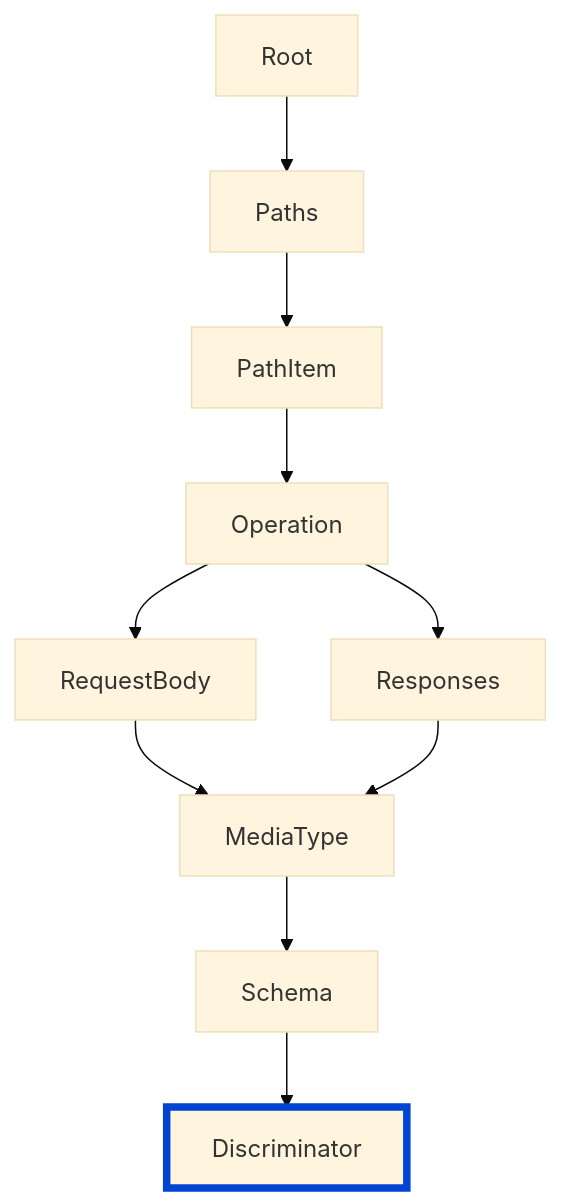
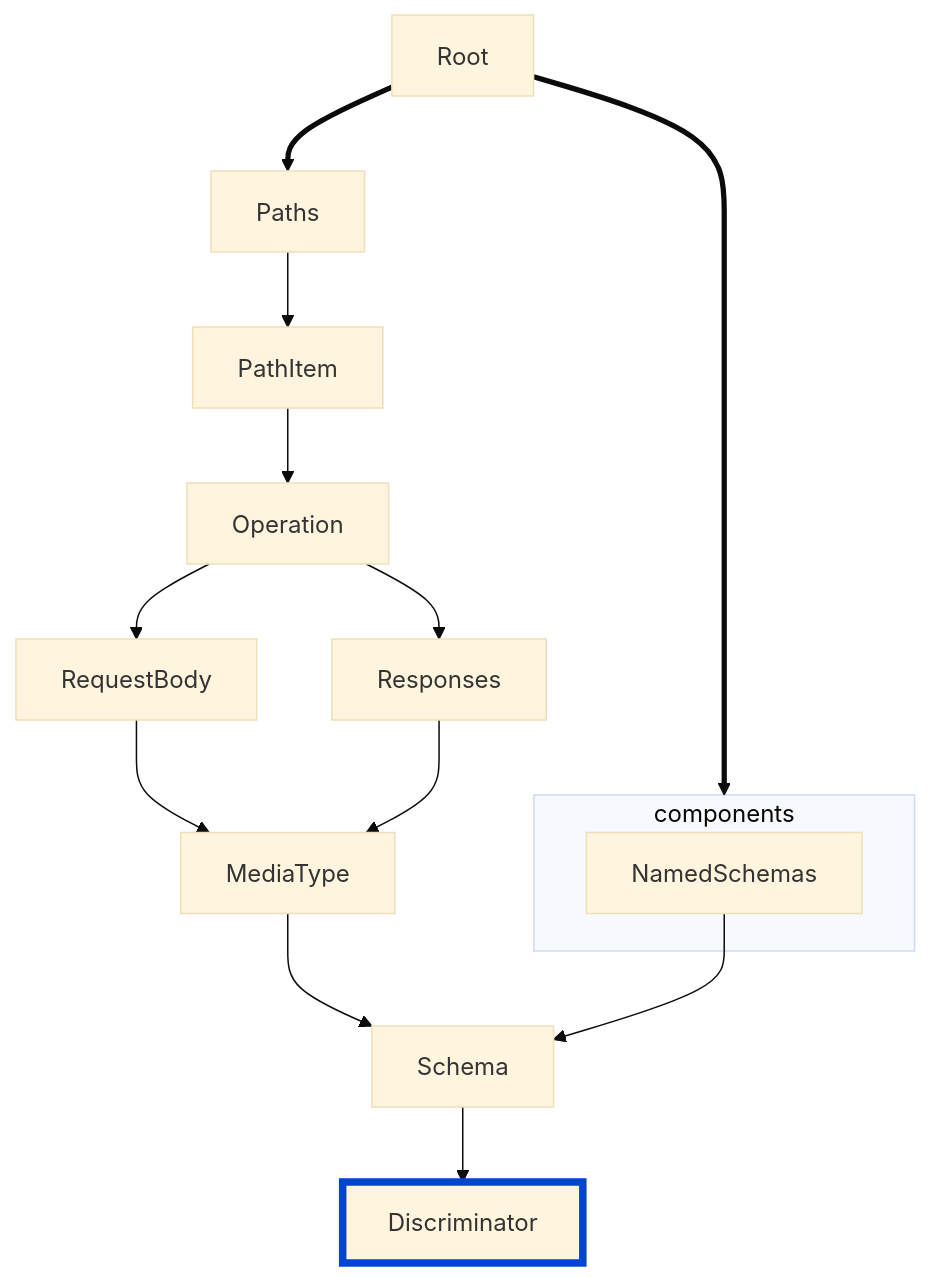
The diagram in docs/@v2/rules/oas/discriminator-defaultMapping.md (Redocly/redocly-cli), drawn with Mermaid (base theme) before and after one commit. The commit also changed 10 other files, not shown here.

Commit message:
update changeset, naming, and diagrams

````diff
--- a/docs/@v2/rules/oas/discriminator-defaultMapping.md
+++ b/docs/@v2/rules/oas/discriminator-defaultMapping.md
@@ -16,8 +16,14 @@
 ```mermaid
 flowchart TD
 
-Root --> Paths --> PathItem --> Operation --> RequestBody --> MediaType --> Schema --> Discriminator
+Root ==> Paths --> PathItem --> Operation --> RequestBody --> MediaType --> Schema --> Discriminator
 Operation --> Responses --> MediaType
+NamedSchemas --> Schema
+Root ==> components
+
+subgraph components
+NamedSchemas
+end
 
 style Discriminator fill:#codaf9,stroke:#0044d4,stroke-width:5px
 ```
````
